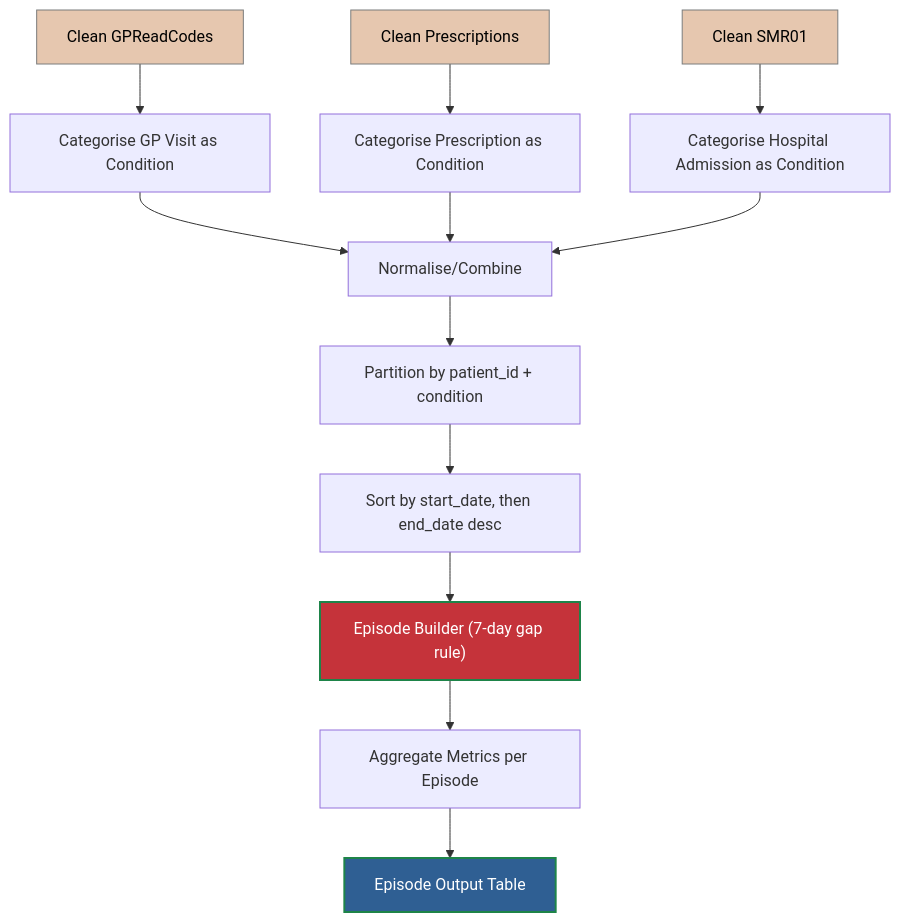
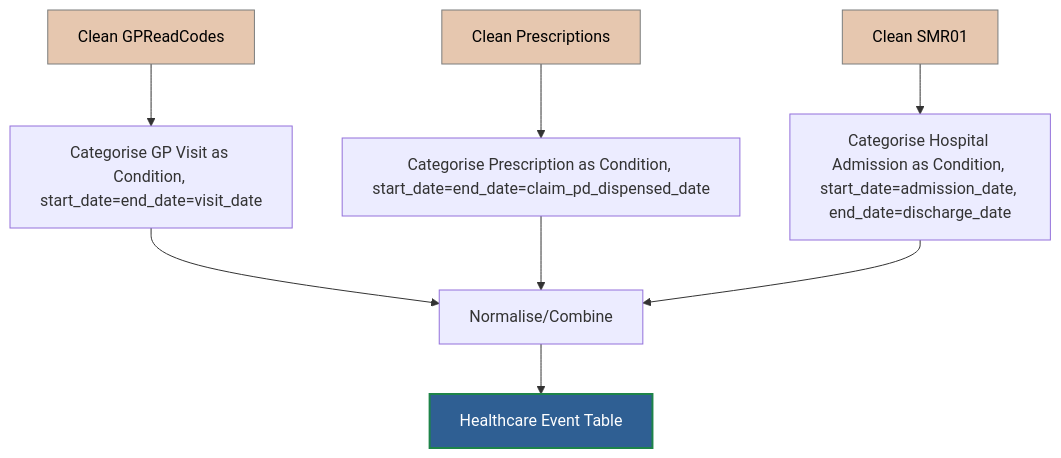
One commit to HomesHeatAndHealthyKids/DataLochAnalysis changed the first of 2 diagrams in healthcare_process.md. Above: the diagram before and after it, drawn with Mermaid. The commit also changed other lines of this file, not shown here.

Commit message:
separated out combination process and episode builder

````diff
--- a/healthcare_process.md
+++ b/healthcare_process.md
@@ -26,24 +25,20 @@
 ```mermaid
 flowchart TD
-    A[Clean GPReadCodes] --> A_assign["Categorise GP Visit as Condition"]
-    A2[Clean Prescriptions] --> A2_assign["Categorise Prescription as Condition"]
-    A3[Clean SMR01] --> A3_assign["Categorise Hospital Admission as Condition"]
+    A[Clean GPReadCodes] --> A_assign["Categorise GP Visit as Condition, start_date=end_date=visit_date"]
+    A2[Clean Prescriptions] --> A2_assign["Categorise Prescription as Condition, start_date=end_date=claim_pd_dispensed_date"]
+    A3[Clean SMR01] --> A3_assign["Categorise Hospital Admission as Condition, start_date=admission_date, end_date=discharge_date"]
     A_assign --> B[Normalise/Combine]
     A2_assign --> B
     A3_assign --> B
-    B --> D[Partition by patient_id + condition]
-    D --> E[Sort by start_date, then end_date desc]
-    E --> F["Episode Builder (7-day gap rule)"]
-    F --> G[Aggregate Metrics per Episode]
-    G --> H[Episode Output Table]
+    B --> healthcare_event["Healthcare Event Table"]
 
   %% =========================
   %% Styling
   %% =========================
   classDef output fill:	 #2F5F93,color: #ffffff,stroke: #1e8449,stroke-width:2px;
   classDef record fill:	#C5333A,color: #ffffff,stroke: #1e8449,stroke-width:2px;
   classDef data fill: #E6C7AF,color: #000000,stroke: #7b7d7d,stroke-width:1px;
   class F record
   class A,A2,A3 data
-  class H output
+  class H,healthcare_event output
 ```
````
